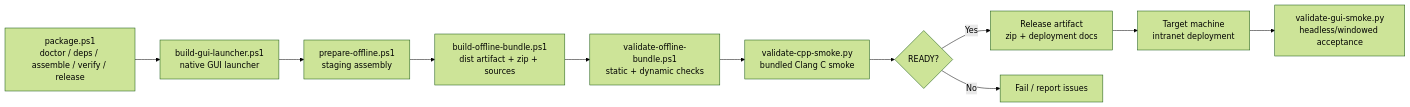
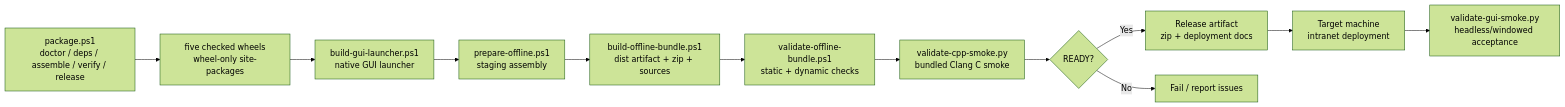
The diagram in docs/modules/packaging-and-deployment.md (czh869452912/ccode-win7), drawn with Mermaid (forest theme) before and after one commit. The commit also changed other lines of this file and 6 other files, not shown here.

````diff
--- a/docs/modules/packaging-and-deployment.md
+++ b/docs/modules/packaging-and-deployment.md
@@ -110,13 +123,14 @@
 ```mermaid
 flowchart LR
-    A["package.ps1<br/>doctor / deps / assemble / verify / release"] --> L["build-gui-launcher.ps1<br/>native GUI launcher"]
+    A["package.ps1<br/>doctor / deps / assemble / verify / release"] --> W["five checked wheels<br/>wheel-only site-packages"]
+    W --> L["build-gui-launcher.ps1<br/>native GUI launcher"]
     L --> B["prepare-offline.ps1<br/>staging assembly"]
     B --> C["build-offline-bundle.ps1<br/>dist artifact + zip + sources"]
     C --> D["validate-offline-bundle.ps1<br/>static + dynamic checks"]
     D --> J["validate-cpp-smoke.py<br/>bundled Clang C smoke"]
     J --> E{READY?}
     E -->|Yes| F["Release artifact<br/>zip + deployment docs"]
     E -->|No| G["Fail / report issues"]
     F --> H["Target machine<br/>intranet deployment"]
     H --> I["validate-gui-smoke.py<br/>headless/windowed acceptance"]
 ```
````
